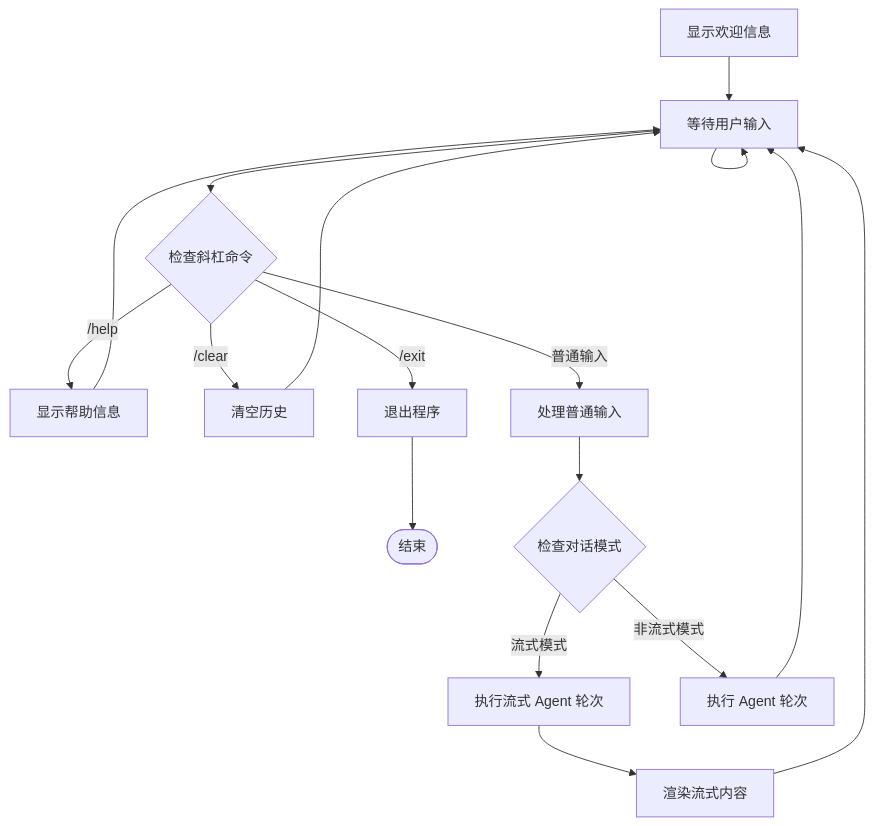
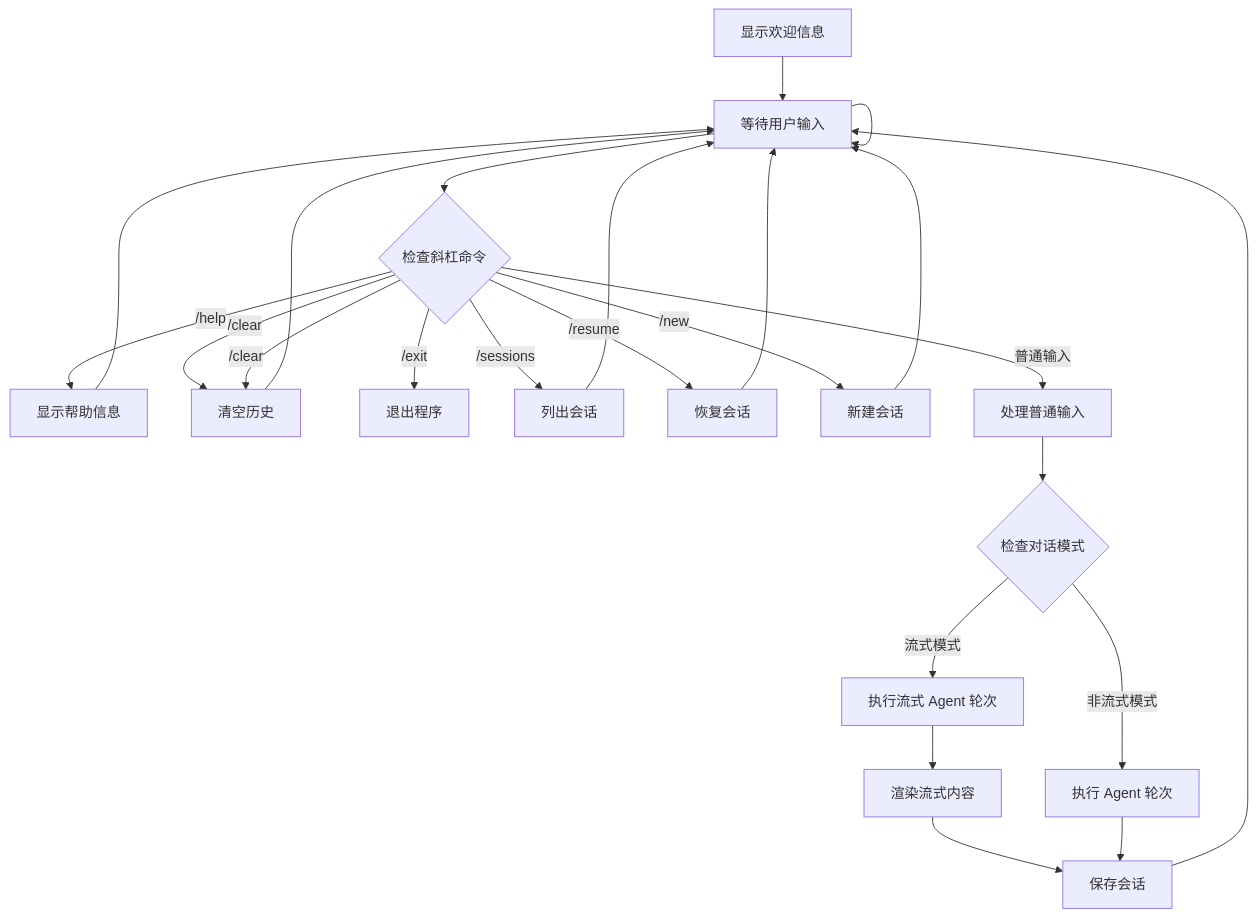
Before and after one commit to 250shiwo/MySmallAgent: the ninth of 11 diagrams in .qoder/repowiki/zh/content/核心模块详解/Agent 对话循环.md, drawn with Mermaid. The commit also changed other lines of this file and 34 other files, not shown here.

````diff
--- a/.qoder/repowiki/zh/content/核心模块详解/Agent 对话循环.md
+++ b/.qoder/repowiki/zh/content/核心模块详解/Agent 对话循环.md
@@ -412,19 +463,26 @@
 ```mermaid
 flowchart TD
 Welcome[显示欢迎信息] --> Prompt[等待用户输入]
 Prompt --> CheckSlash{检查斜杠命令}
 CheckSlash --> |/help| ShowHelp[显示帮助信息]
 CheckSlash --> |/clear| ClearHistory[清空历史]
 CheckSlash --> |/exit| Exit[退出程序]
+CheckSlash --> |/sessions| ListSessions[列出会话]
+CheckSlash --> |/resume| ResumeSession[恢复会话]
+CheckSlash --> |/new| NewSession[新建会话]
+CheckSlash --> |/clear| ClearHistory
 CheckSlash --> |普通输入| ProcessInput[处理普通输入]
 ShowHelp --> Prompt
+ListSessions --> Prompt
+ResumeSession --> Prompt
+NewSession --> Prompt
 ClearHistory --> Prompt
-Exit --> End([结束])
 ProcessInput --> CheckMode{检查对话模式}
 CheckMode --> |流式模式| StreamTurn[执行流式 Agent 轮次]
 CheckMode --> |非流式模式| AgentTurn[执行 Agent 轮次]
 StreamTurn --> RenderStream[渲染流式内容]
-RenderStream --> Prompt
-AgentTurn --> Prompt
+RenderStream --> SaveSession[保存会话]
+AgentTurn --> SaveSession
+SaveSession --> Prompt
 Prompt --> Prompt
 ```
````
